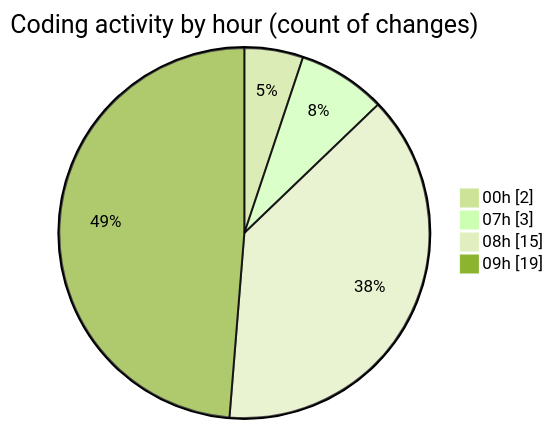
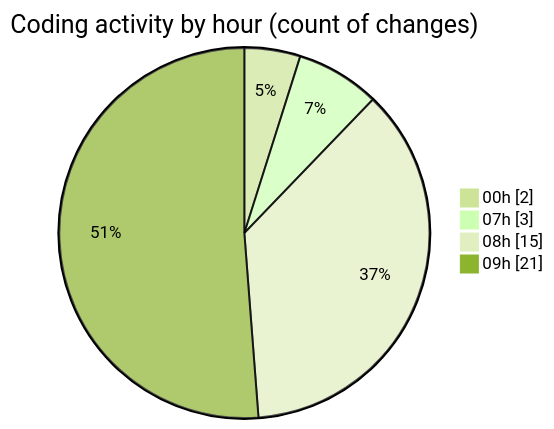
Before and after one commit to donsfak/code-tracking: the second of 2 diagrams in 2025-02-10/maps_clone/README.md, drawn with Mermaid (forest theme). The commit also changed other lines of this file and 1 other file, not shown here.

````diff
--- a/2025-02-10/maps_clone/README.md
+++ b/2025-02-10/maps_clone/README.md
@@ -38,8 +38,8 @@
 ```mermaid
 pie showData
 title Coding activity by hour (count of changes)
 "00h" : 2
 "07h" : 3
 "08h" : 15
-"09h" : 19
+"09h" : 21
 ```
````
